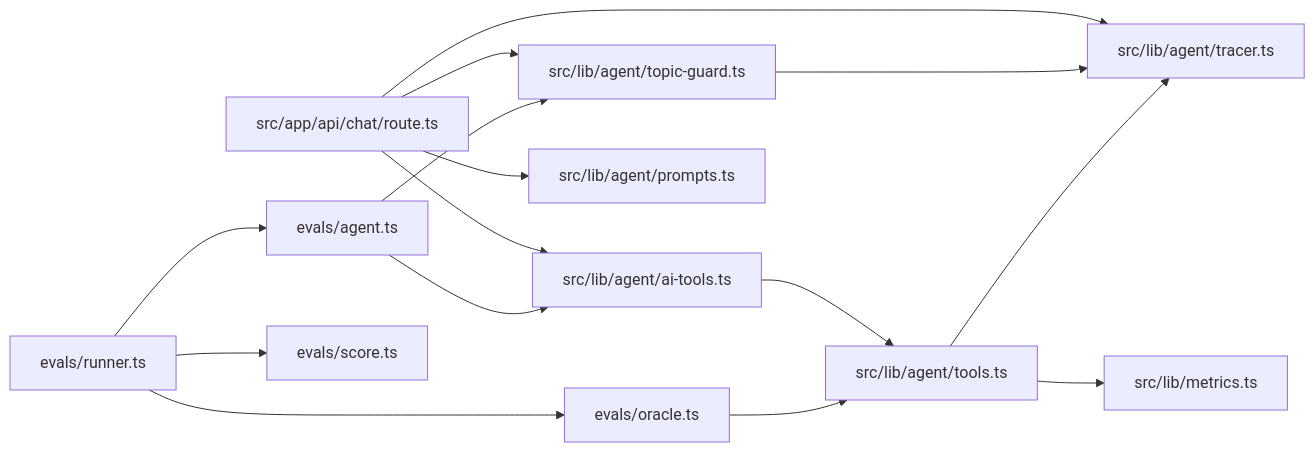
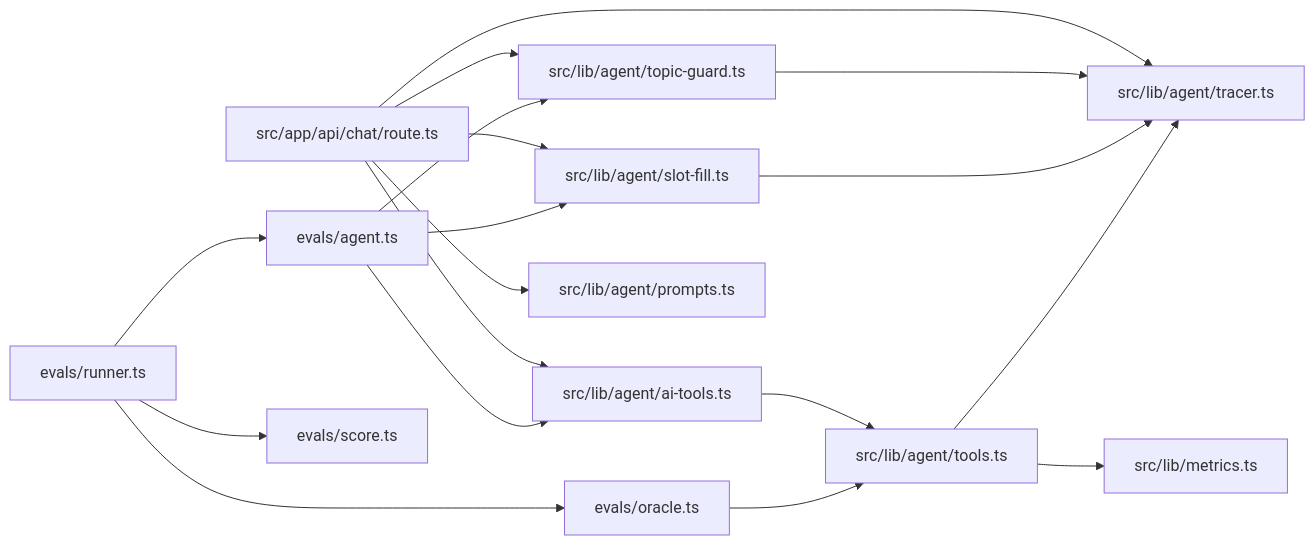
The third of 3 diagrams in diagrams/ARCHITECTURE.md (amit-lekhak/sales-diagnostics-agent), drawn with Mermaid before and after one commit. The commit also changed other lines of this file and 5 other files, not shown here.

Commit message:
feat: integrate slot filling functionality into sales diagnostics agent

````diff
--- a/diagrams/ARCHITECTURE.md
+++ b/diagrams/ARCHITECTURE.md
@@ -104,29 +114,33 @@
 ```mermaid
 flowchart LR
   Route["src/app/api/chat/route.ts"]
   TopicGuard["src/lib/agent/topic-guard.ts"]
+  SlotFill["src/lib/agent/slot-fill.ts"]
   AiTools["src/lib/agent/ai-tools.ts"]
   Tools["src/lib/agent/tools.ts"]
   Prompts["src/lib/agent/prompts.ts"]
   Tracer["src/lib/agent/tracer.ts"]
   Metrics["src/lib/metrics.ts"]
   EvalRunner["evals/runner.ts"]
   EvalAgent["evals/agent.ts"]
   EvalOracle["evals/oracle.ts"]
   EvalScore["evals/score.ts"]
 
   Route --> TopicGuard
+  Route --> SlotFill
   Route --> Prompts
   Route --> AiTools
   Route --> Tracer
   TopicGuard --> Tracer
+  SlotFill --> Tracer
   AiTools --> Tools
   Tools --> Metrics
   Tools --> Tracer
   EvalRunner --> EvalOracle
   EvalRunner --> EvalAgent
   EvalRunner --> EvalScore
   EvalAgent --> TopicGuard
+  EvalAgent --> SlotFill
   EvalAgent --> AiTools
   EvalOracle --> Tools
 ```
````
